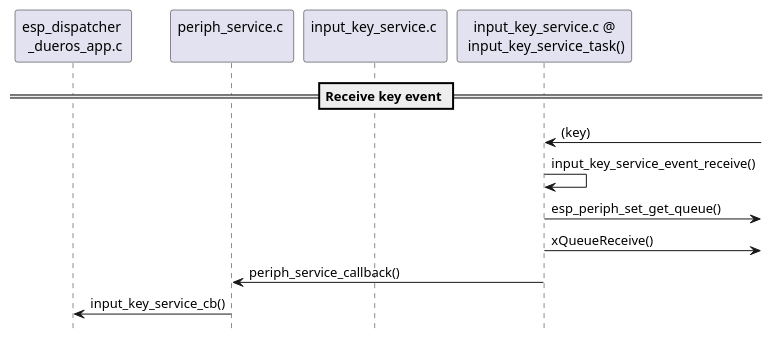
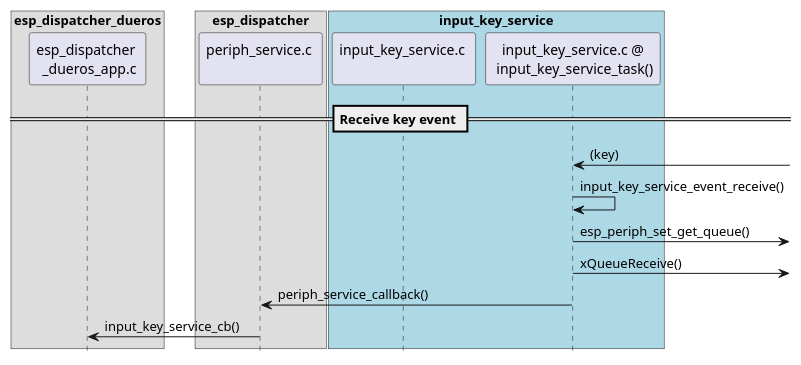
One commit to liangzhu2008/learn-esp-adf changed the sixth of 9 diagrams in docs/inside-dispatcher/input_key_service.rst. Above: the diagram before and after it, drawn with PlantUML. The commit also changed other lines of this file and 14 other files, not shown here.

Commit message:
用 plantweb 替换 plantuml.jar & graphviz

```diff
--- a/docs/inside-dispatcher/input_key_service.rst
+++ b/docs/inside-dispatcher/input_key_service.rst
@@ -147,16 +187,24 @@
 .. uml::
 
     hide footbox
 
-    participant "esp_dispatcher \n _dueros_app.c" as adf_app order 10
-    participant "periph_service.c \n" as periph_service order 20
-    participant "input_key_service.c \n" as spec_service order 50
-    participant "input_key_service.c @\n input_key_service_task()" as inner_task order 60
+    box "esp_dispatcher_dueros"
+    participant "esp_dispatcher \n _dueros_app.c" as example order 10
+    end box
+
+    box "esp_dispatcher" 
+    participant "periph_service.c \n"               as periph_service order 20
+    end box
+
+    box "input_key_service" #LightBlue
+    participant "input_key_service.c \n"                as input_service order 50
+    participant "input_key_service.c @\n input_key_service_task()" as input_task order 60
+    end box
 
     == Receive key event ==
-    inner_task     <-]               : (key)
-    inner_task     -> inner_task     : input_key_service_event_receive()
-    inner_task     ->]               : esp_periph_set_get_queue()
-    inner_task     ->]               : xQueueReceive()
-    periph_service <- inner_task     : periph_service_callback()
-    adf_app        <- periph_service : input_key_service_cb()
+    input_task     <-]               : (key)
+    input_task     -> input_task     : input_key_service_event_receive()
+    input_task     ->]               : esp_periph_set_get_queue()
+    input_task     ->]               : xQueueReceive()
+    periph_service <- input_task     : periph_service_callback()
+    example        <- periph_service : input_key_service_cb()
```
